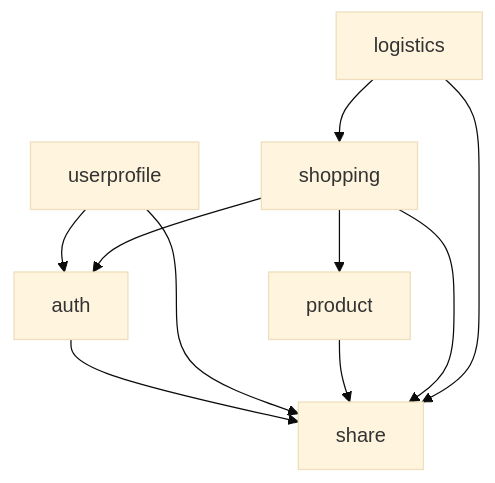
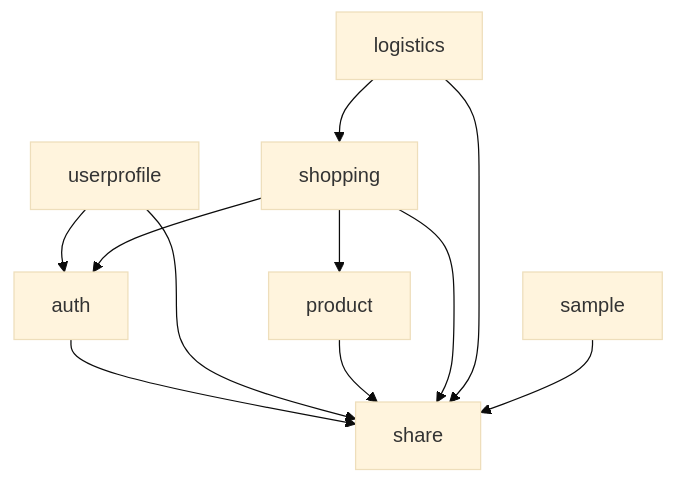
The second of 2 diagrams in .roo/rules/04_ARCHITECTURE.md (char5742/ecsite-sample-spring), drawn with Mermaid (base theme) before and after one commit. The commit also changed other lines of this file and 3 other files, not shown here.

````diff
--- a/.roo/rules/04_ARCHITECTURE.md
+++ b/.roo/rules/04_ARCHITECTURE.md
@@ -34,12 +35,13 @@
 ```mermaid
 flowchart TD
     auth --> share;
     userprofile --> share;
     userprofile --> auth;
     product --> share;
     shopping --> share;
     shopping --> auth;
     shopping --> product;
     logistics --> share;
     logistics --> shopping;
+    sample --> share;
 ```
````
